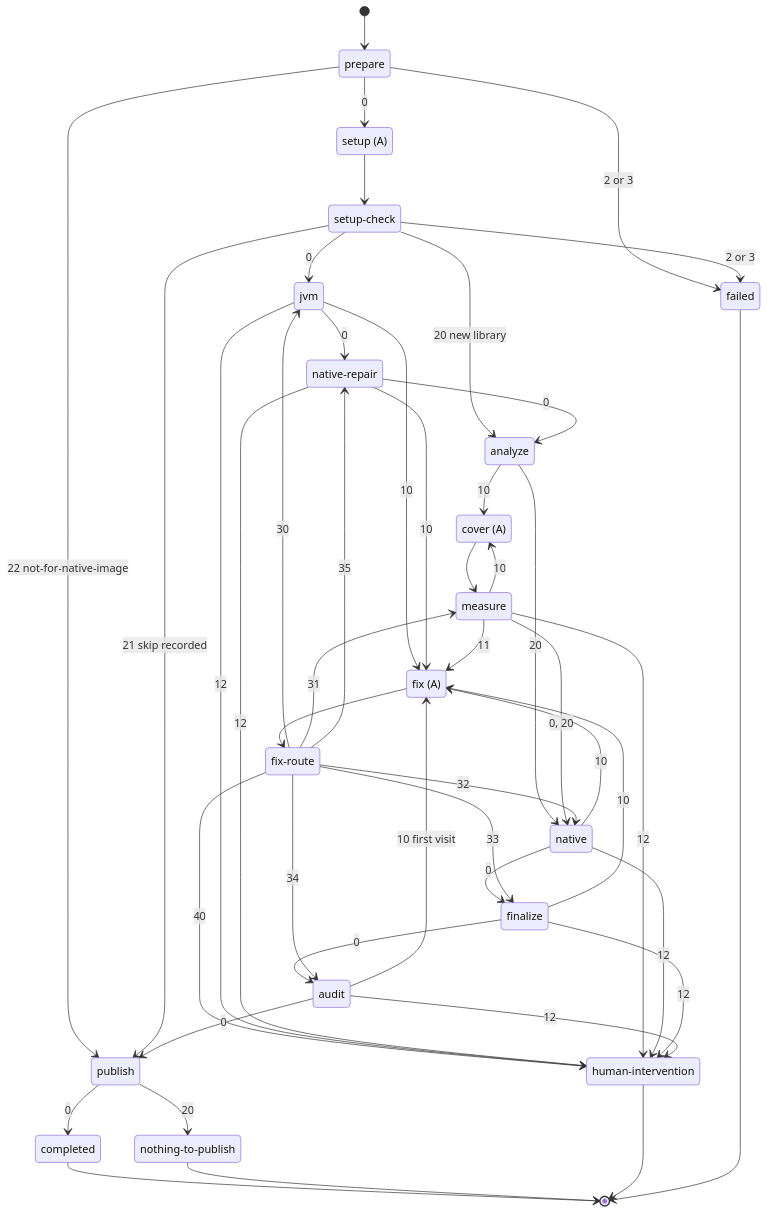
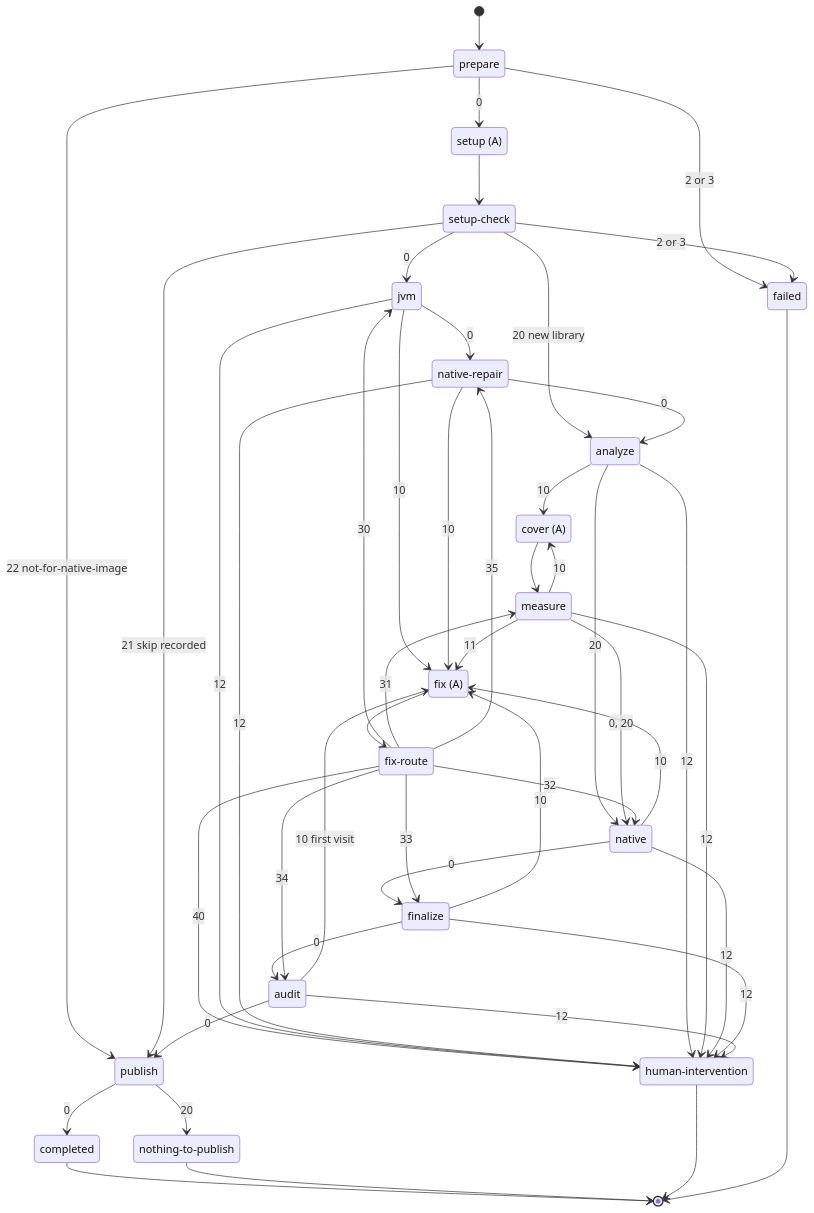
The diagram in forge/docs/architecture/workflow-pipeline.md (oracle/graalvm-reachability-metadata), drawn with Mermaid before and after one commit. The commit also changed other lines of this file and 1 other file, not shown here.

````diff
--- a/forge/docs/architecture/workflow-pipeline.md
+++ b/forge/docs/architecture/workflow-pipeline.md
@@ -129,57 +129,58 @@
 ```mermaid
 stateDiagram-v2
     state "setup (A)" as setup
     state "cover (A)" as cover
     state "fix (A)" as fix
     state "fix-route" as route
     state "native-repair" as nrepair
     state "nothing-to-publish" as nothing
     state "human-intervention" as human
 
     [*] --> prepare
     prepare --> setup: 0
     prepare --> publish: 22 not-for-native-image
     prepare --> failed: 2 or 3
     state "setup-check" as check
     setup --> check
     check --> jvm: 0
     check --> analyze: 20 new library
     check --> publish: 21 skip recorded
     check --> failed: 2 or 3
     jvm --> nrepair: 0
     jvm --> fix: 10
     nrepair --> analyze: 0
     nrepair --> fix: 10
     analyze --> cover: 10
     analyze --> native: 20
     cover --> measure
     measure --> cover: 10
     measure --> fix: 11
     measure --> native: 0, 20
     native --> finalize: 0
     native --> fix: 10
     finalize --> audit: 0
     finalize --> fix: 10
     audit --> fix: 10 first visit
     audit --> publish: 0
     fix --> route
     route --> jvm: 30
     route --> measure: 31
     route --> native: 32
     route --> finalize: 33
     route --> audit: 34
     route --> nrepair: 35
     route --> human: 40
     jvm --> human: 12
     nrepair --> human: 12
+    analyze --> human: 12
     measure --> human: 12
     native --> human: 12
     finalize --> human: 12
     audit --> human: 12
     publish --> completed: 0
     publish --> nothing: 20
     completed --> [*]
     nothing --> [*]
     human --> [*]
     failed --> [*]
 ```
````
